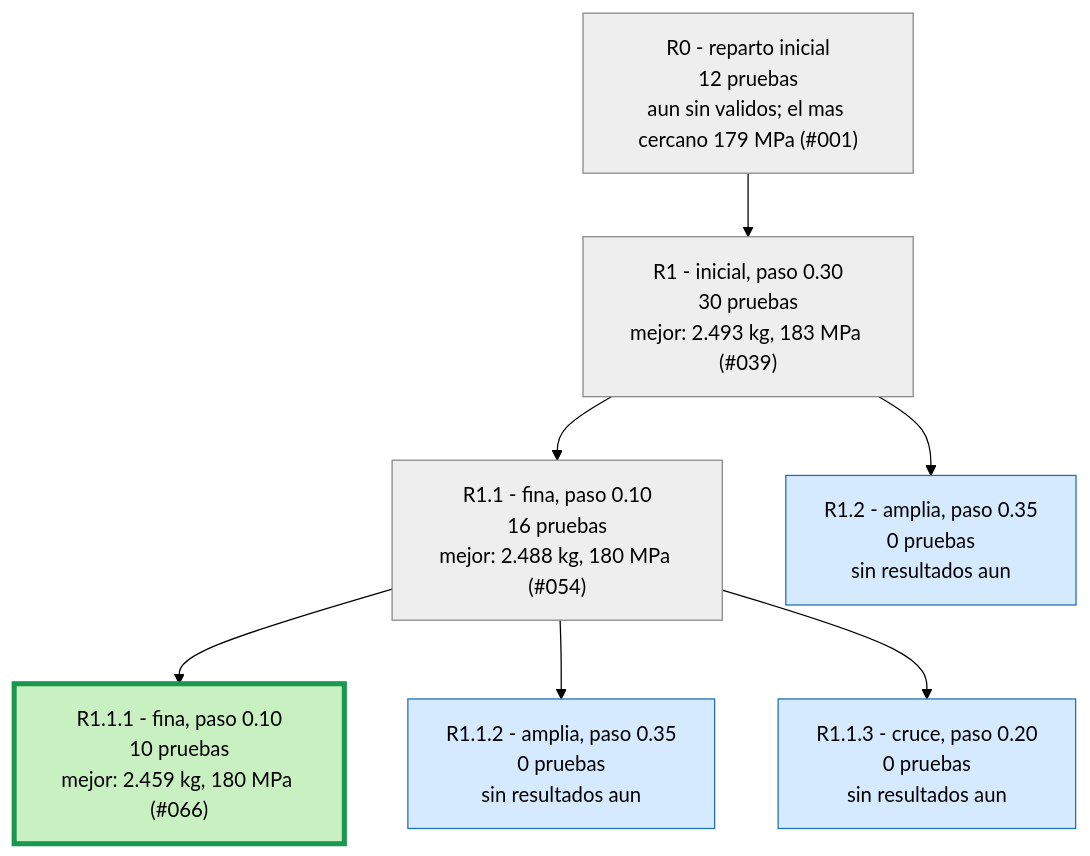
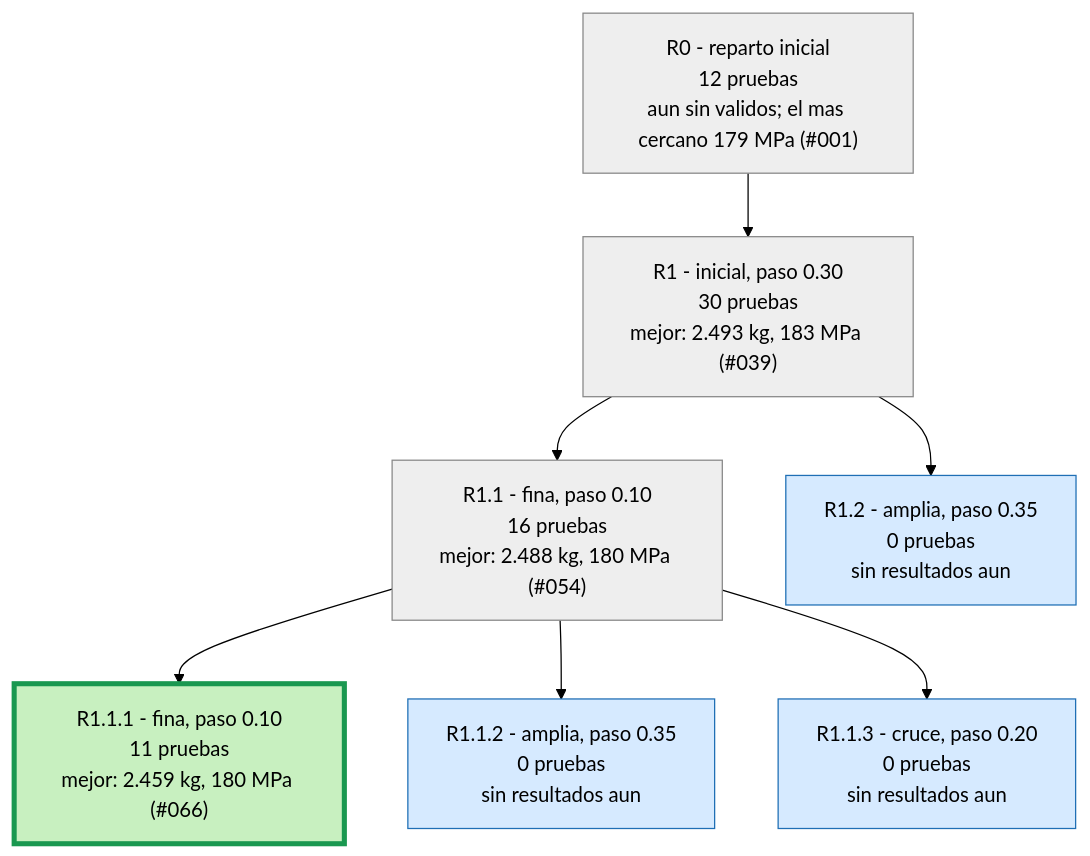
One commit to Hugiko/msd-soporte-optimizacion changed the second of 3 diagrams in runs/opt_37800N/ARBOL.md. Above: the diagram before and after it, drawn with Mermaid (forest theme). The commit also changed 22 other files, not shown here.

````diff
--- a/runs/opt_37800N/ARBOL.md
+++ b/runs/opt_37800N/ARBOL.md
@@ -25,19 +25,19 @@
 ```mermaid
 graph TD
 classDef activa fill:#d6eaff,stroke:#1f6fb5,color:#000
 classDef fin fill:#eeeeee,stroke:#888,color:#000
 classDef mejor fill:#c8f0c0,stroke:#1a9850,stroke-width:4px,color:#000
 R0["R0 - reparto inicial<br/>12 pruebas<br/>aun sin validos; el mas cercano 179 MPa (#001)"]:::fin
 R1["R1 - inicial, paso 0.30<br/>30 pruebas<br/>mejor: 2.493 kg, 183 MPa (#039)"]:::fin
 R0 --> R1
 R1_1["R1.1 - fina, paso 0.10<br/>16 pruebas<br/>mejor: 2.488 kg, 180 MPa (#054)"]:::fin
 R1 --> R1_1
 R1_2["R1.2 - amplia, paso 0.35<br/>0 pruebas<br/>sin resultados aun"]:::activa
 R1 --> R1_2
-R1_1_1["R1.1.1 - fina, paso 0.10<br/>10 pruebas<br/>mejor: 2.459 kg, 180 MPa (#066)"]:::mejor
+R1_1_1["R1.1.1 - fina, paso 0.10<br/>11 pruebas<br/>mejor: 2.459 kg, 180 MPa (#066)"]:::mejor
 R1_1 --> R1_1_1
 R1_1_2["R1.1.2 - amplia, paso 0.35<br/>0 pruebas<br/>sin resultados aun"]:::activa
 R1_1 --> R1_1_2
 R1_1_3["R1.1.3 - cruce, paso 0.20<br/>0 pruebas<br/>sin resultados aun"]:::activa
 R1_1 --> R1_1_3
 ```
````
